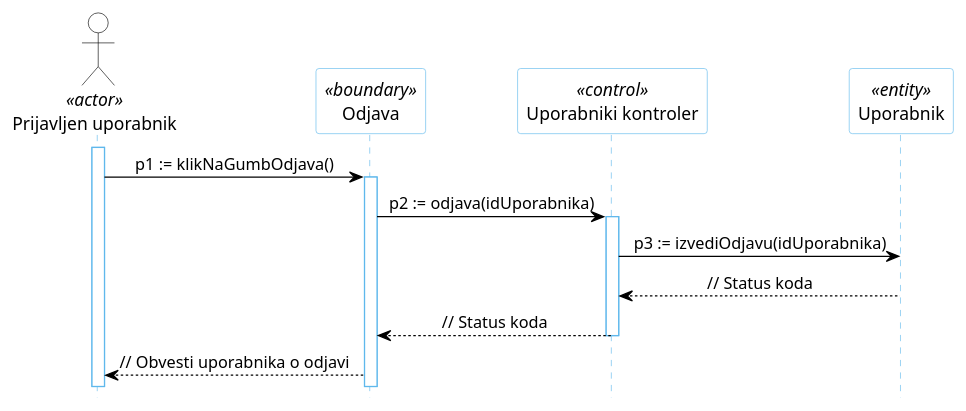
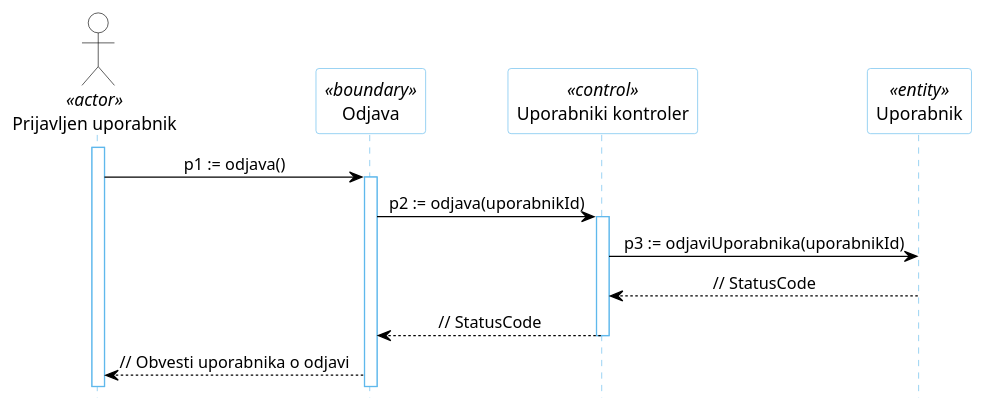
The diagram in docs/gradivo/plantuml/DZ/03a.puml (kupinah/test-tpo), drawn with PlantUML before and after one commit. The commit also changed 36 other files, not shown here.

```diff
--- a/docs/gradivo/plantuml/DZ/03a.puml
+++ b/docs/gradivo/plantuml/DZ/03a.puml
@@ -1,29 +1,29 @@
 @startuml
 hide footbox
 
 skinparam backgroundcolor transparent
 skinparam defaultTextAlignment center
 skinparam actorBorderColor black
 skinparam actorBackgroundColor white
 skinparam arrowColor black  
 skinparam sequenceLifeLineBorderColor #5FB8EC
 skinparam sequenceParticipantBorderColor #5FB8EC
 skinparam sequenceParticipantBackgroundColor white
 
 actor "Prijavljen uporabnik" AS U1 <<actor>>
 
 participant "Odjava" as R5 <<boundary>>
 participant "Uporabniki kontroler" as R2 <<control>>
 participant "Uporabnik" as R4 <<entity>>
 
 activate U1
-U1 -> R5: p1 := klikNaGumbOdjava()
+U1 -> R5: p1 := odjava()
 activate R5
-R5 -> R2: p2 := odjava(idUporabnika)
+R5 -> R2: p2 := odjava(uporabnikId)
 activate R2
-R2 -> R4: p3 := izvediOdjavu(idUporabnika)
-R4 --> R2: // Status koda
-R2 --> R5: // Status koda
+R2 -> R4: p3 := odjaviUporabnika(uporabnikId)
+R4 --> R2: // StatusCode
+R2 --> R5: // StatusCode
 deactivate R2
 R5 --> U1: // Obvesti uporabnika o odjavi
 @enduml
```
